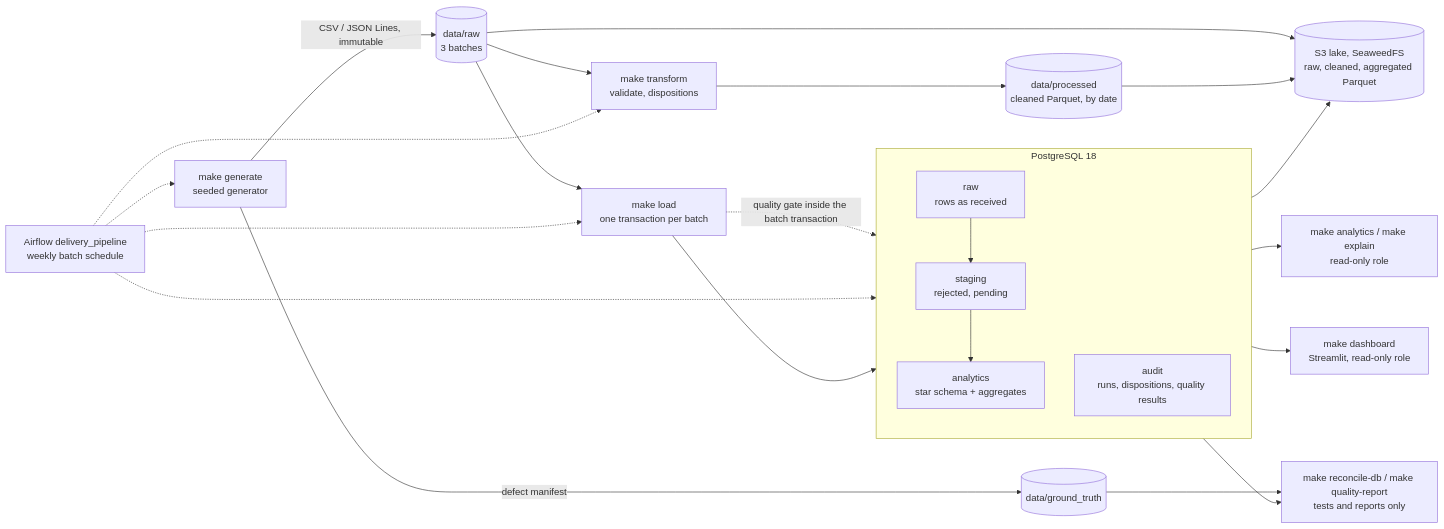
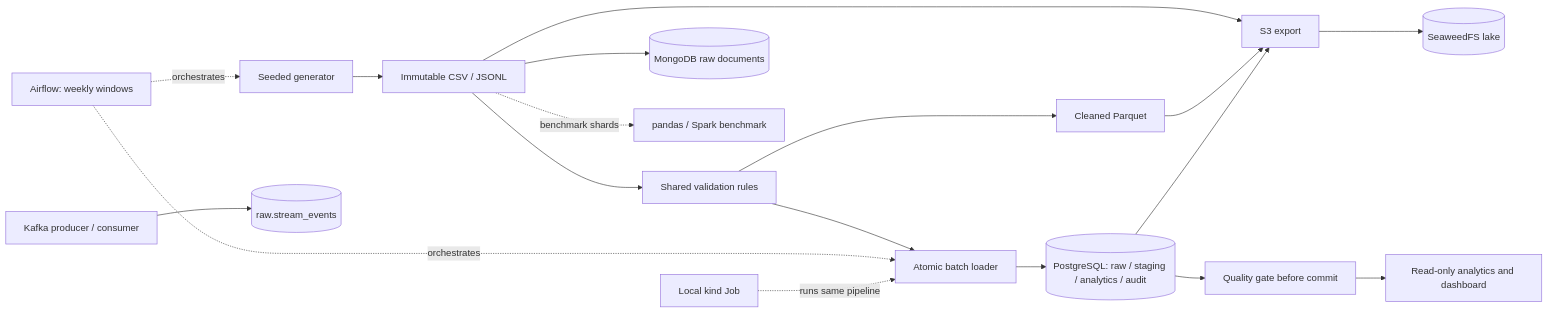
The first of 2 diagrams in README.md (Aashritha-2005/DeliveryPulse-Last-Mile-Logistics-Data-Platform), drawn with Mermaid before and after one commit. The commit also changed other lines of this file and 15 other files, not shown here.

Commit message:
Portfolio polish: isolated make demo, rebuilt README with sourced results, architecture and data-model diagrams, decision notes, publishing checklist

````diff
--- a/README.md
+++ b/README.md
@@ -27,27 +44,20 @@
 ```mermaid
 flowchart LR
-    G["make generate<br/>seeded generator"] -->|CSV / JSON Lines, immutable| RAW[("data/raw<br/>3 batches")]
-    G -->|defect manifest| GT[("data/ground_truth")]
-    RAW --> T["make transform<br/>validate, dispositions"]
-    T --> PQ[("data/processed<br/>cleaned Parquet, by date")]
-    RAW --> L["make load<br/>one transaction per batch"]
-    subgraph PG["PostgreSQL 18"]
-        direction TB
-        R["raw<br/>rows as received"] --> S["staging<br/>rejected, pending"]
-        S --> A["analytics<br/>star schema + aggregates"]
-        Q["audit<br/>runs, dispositions, quality results"]
-    end
-    L --> PG
-    L -.->|quality gate inside the batch transaction| Q
-    RAW --> LK[("S3 lake, SeaweedFS<br/>raw, cleaned, aggregated Parquet")]
-    PQ --> LK
-    A --> LK
-    A --> AN["make analytics / make explain<br/>read-only role"]
-    A --> DB["make dashboard<br/>Streamlit, read-only role"]
-    GT --> REC["make reconcile-db / make quality-report<br/>tests and reports only"]
-    Q --> REC
-    AF["Airflow delivery_pipeline<br/>weekly batch schedule"] -.-> G
-    AF -.-> T
-    AF -.-> L
-    AF -.-> Q
+    G["Seeded generator"] --> R["Immutable CSV / JSONL"]
+    R --> T["Shared validation rules"]
+    T --> P["Cleaned Parquet"]
+    T --> L["Atomic batch loader"]
+    L --> DB[("PostgreSQL: raw / staging / analytics / audit")]
+    DB --> Q["Quality gate before commit"]
+    Q --> D["Read-only analytics and dashboard"]
+    AF["Airflow: weekly windows"] -. orchestrates .-> G
+    AF -. orchestrates .-> L
+    K["Kafka producer / consumer"] --> S[("raw.stream_events")]
+    R --> M[("MongoDB raw documents")]
+    R --> E["S3 export"]
+    P --> E
+    DB --> E
+    E --> W[("SeaweedFS lake")]
+    R -. benchmark shards .-> B["pandas / Spark benchmark"]
+    KIND["Local kind Job"] -. runs same pipeline .-> L
 ```
````
